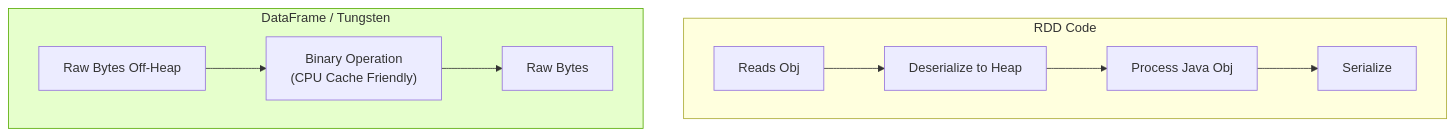
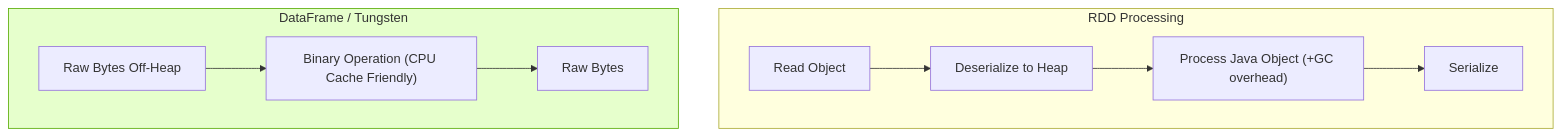
One commit to Anmol33/SystemDesign changed the second of 6 diagrams in Batch Processing/02_Apache_Spark.md. Above: the diagram before and after it, drawn with Mermaid. The commit also changed other lines of this file and 7 other files, not shown here.

````diff
--- a/Batch Processing/02_Apache_Spark.md
+++ b/Batch Processing/02_Apache_Spark.md
@@ -62,15 +156,15 @@
 ```mermaid
 graph TD
-    subgraph RDD_Code["RDD Code"]
-        RDD["Reads Obj"] --> Deser["Deserialize to Heap"]
-        Deser --> Proc["Process Java Obj"]
+    subgraph RDD_Code["RDD Processing"]
+        RDD["Read Object"] --> Deser["Deserialize to Heap"]
+        Deser --> Proc["Process Java Object (+GC overhead)"]
         Proc --> Ser["Serialize"]
     end
     
     subgraph DFT["DataFrame / Tungsten"]
-        Raw["Raw Bytes Off-Heap"] --> Op["Binary Operation<br/>(CPU Cache Friendly)"]
+        Raw["Raw Bytes Off-Heap"] --> Op["Binary Operation (CPU Cache Friendly)"]
         Op --> Result["Raw Bytes"]
     end
     
     style DFT fill:#e6ffcc,stroke:#55aa00
 ```
````
